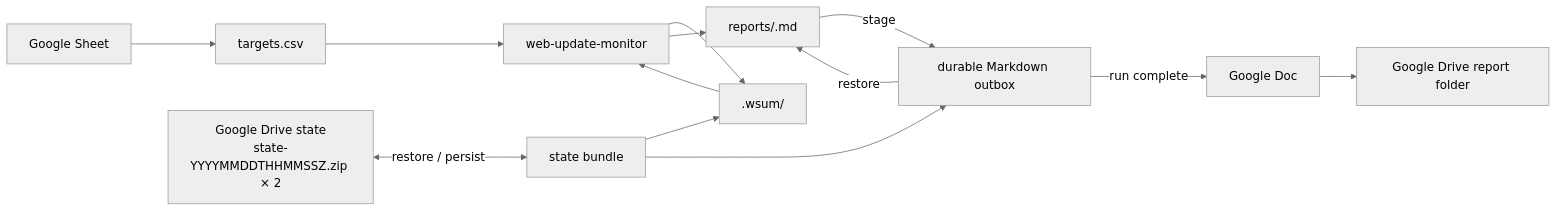
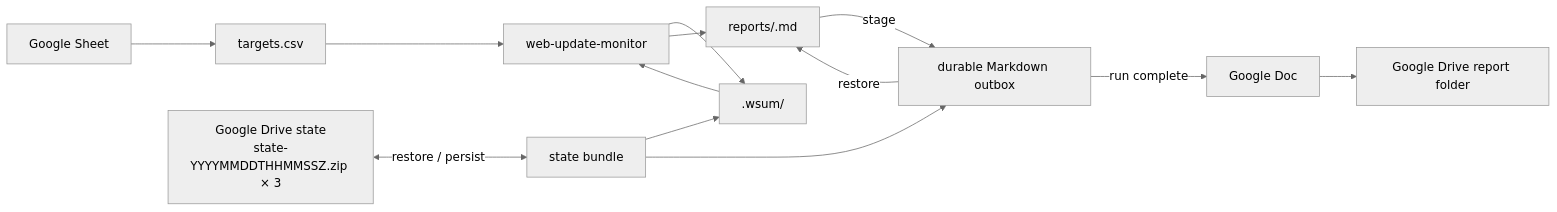
The first of 2 diagrams in README.md (dceoy/wsum), drawn with Mermaid (neutral theme) before and after one commit. The commit also changed other lines of this file, not shown here.

````diff
--- a/README.md
+++ b/README.md
@@ -23,15 +23,15 @@
 ```mermaid
 flowchart LR
     GS["Google Sheet"] --> CSV["targets.csv"]
-    DS["Google Drive state<br/>state-YYYYMMDDTHHMMSSZ.zip × 2"] <-->|restore / persist| BUNDLE["state bundle"]
+    DS["Google Drive state<br/>state-YYYYMMDDTHHMMSSZ.zip × 3"] <-->|restore / persist| BUNDLE["state bundle"]
     BUNDLE --> STATE[".wsum/"]
     BUNDLE --> OUT["durable Markdown outbox"]
     CSV --> CORE["web-update-monitor"]
     STATE --> CORE
     CORE --> STATE
     CORE --> REPORT["reports/<run-id>.md"]
     OUT -->|restore| REPORT
     REPORT -->|stage| OUT
     OUT -->|run complete| GDOC["Google Doc"]
     GDOC --> DR["Google Drive report folder"]
 ```
````
